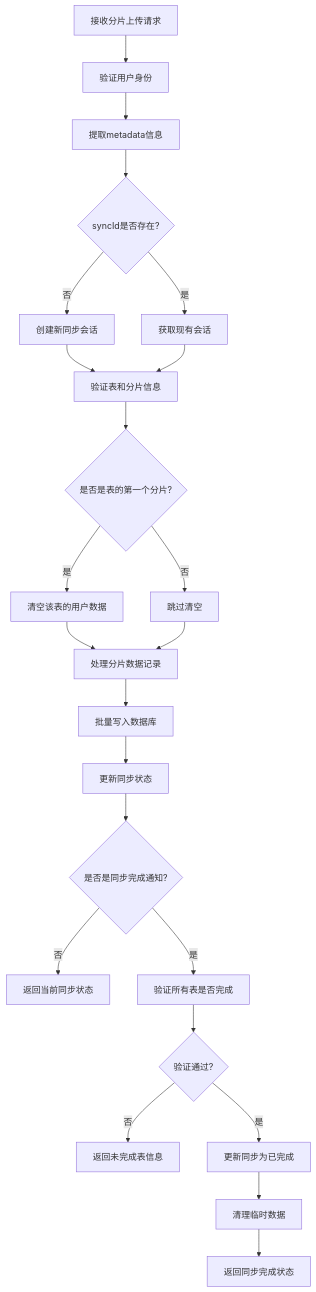
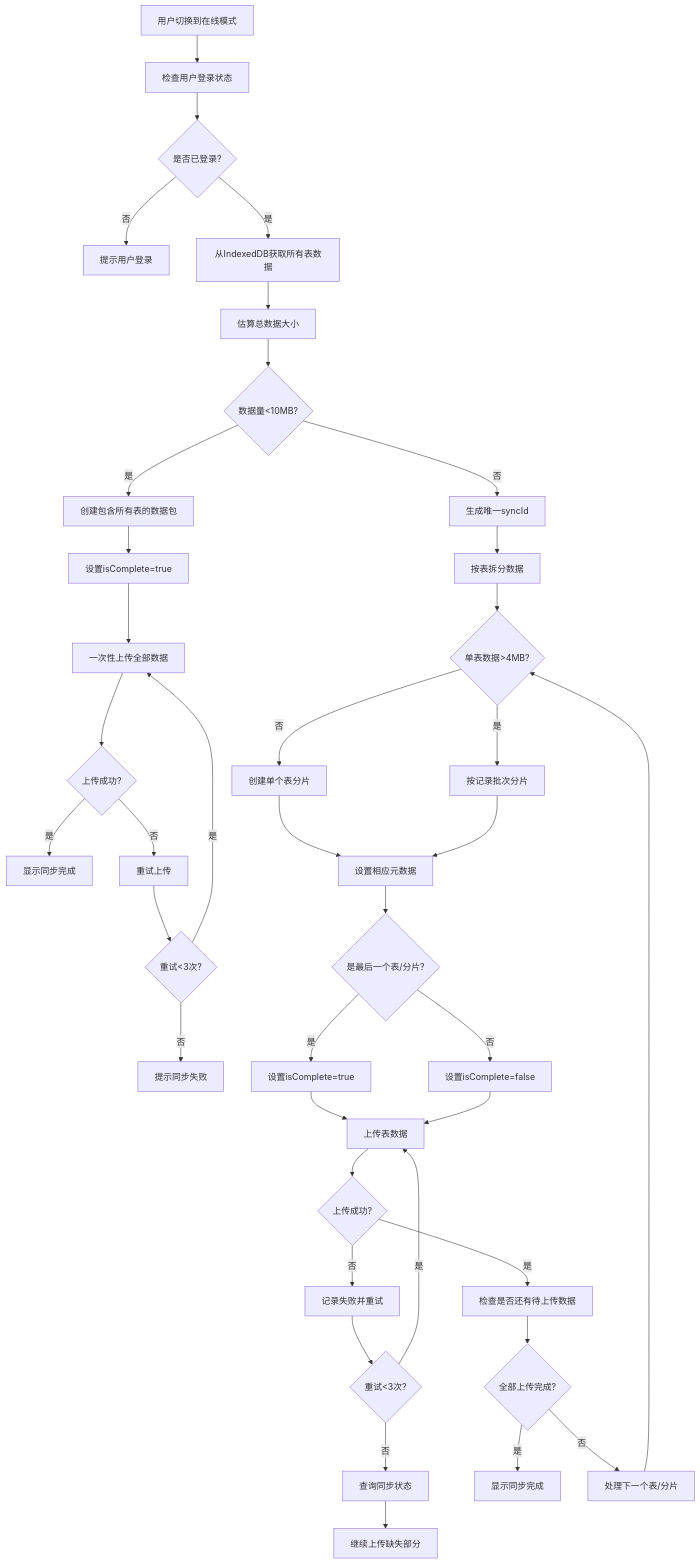
One commit to yingjianzh/iodraw-files changed the diagram in all/未命名-59.md. Above: the diagram before and after it, drawn with Mermaid.

Commit message:
2025-05-14 18:29:24 update

````diff
--- a/all/未命名-59.md
+++ b/all/未命名-59.md
@@ -1,25 +1,45 @@
 ```mermaid
 flowchart TD
-    A[接收分片上传请求] --> B[验证用户身份]
-    B --> C[提取metadata信息]
-    C --> D{syncId是否存在?}
-    D -->|否| E[创建新同步会话]
-    D -->|是| F[获取现有会话]
-    E --> G[验证表和分片信息]
-    F --> G
-    G --> H{是否是表的第一个分片?}
-    H -->|是| I[清空该表的用户数据]
-    H -->|否| J[跳过清空]
-    I --> K[处理分片数据记录]
-    J --> K
-    K --> L[批量写入数据库]
-    L --> M[更新同步状态]
-    M --> N{是否是同步完成通知?}
-    N -->|否| O[返回当前同步状态]
-    N -->|是| P[验证所有表是否完成]
-    P --> Q{验证通过?}
-    Q -->|否| R[返回未完成表信息]
-    Q -->|是| S[更新同步为已完成]
-    S --> T[清理临时数据]
-    T --> U[返回同步完成状态]
+    A[用户切换到在线模式] --> B[检查用户登录状态]
+    B --> C{是否已登录?}
+    C -->|否| D[提示用户登录]
+    C -->|是| E[从IndexedDB获取所有表数据]
+    E --> F[估算总数据大小]
+    F --> G{数据量<10MB?}
+    
+    %% 小数据量处理流程
+    G -->|是| H[创建包含所有表的数据包]
+    H --> I[设置isComplete=true]
+    I --> J[一次性上传全部数据]
+    J --> K{上传成功?}
+    K -->|是| L[显示同步完成]
+    K -->|否| M[重试上传]
+    M --> N{重试<3次?}
+    N -->|是| J
+    N -->|否| O[提示同步失败]
+    
+    %% 中大数据量处理流程
+    G -->|否| P[生成唯一syncId]
+    P --> Q[按表拆分数据]
+    Q --> R{单表数据>4MB?}
+    R -->|否| S[创建单个表分片]
+    R -->|是| T[按记录批次分片]
+    S --> U[设置相应元数据]
+    T --> U
+    U --> V{是最后一个表/分片?}
+    V -->|是| W[设置isComplete=true]
+    V -->|否| X[设置isComplete=false]
+    W --> Y[上传表数据]
+    X --> Y
+    Y --> Z{上传成功?}
+    Z -->|是| AA[检查是否还有待上传数据]
+    Z -->|否| AB[记录失败并重试]
+    AB --> AC{重试<3次?}
+    AC -->|是| Y
+    AC -->|否| AD[查询同步状态]
+    AD --> AE[继续上传缺失部分]
+    AA --> AF{全部上传完成?}
+    AF -->|是| AG[显示同步完成]
+    AF -->|否| AH[处理下一个表/分片]
+    AH --> R
 ```
````
